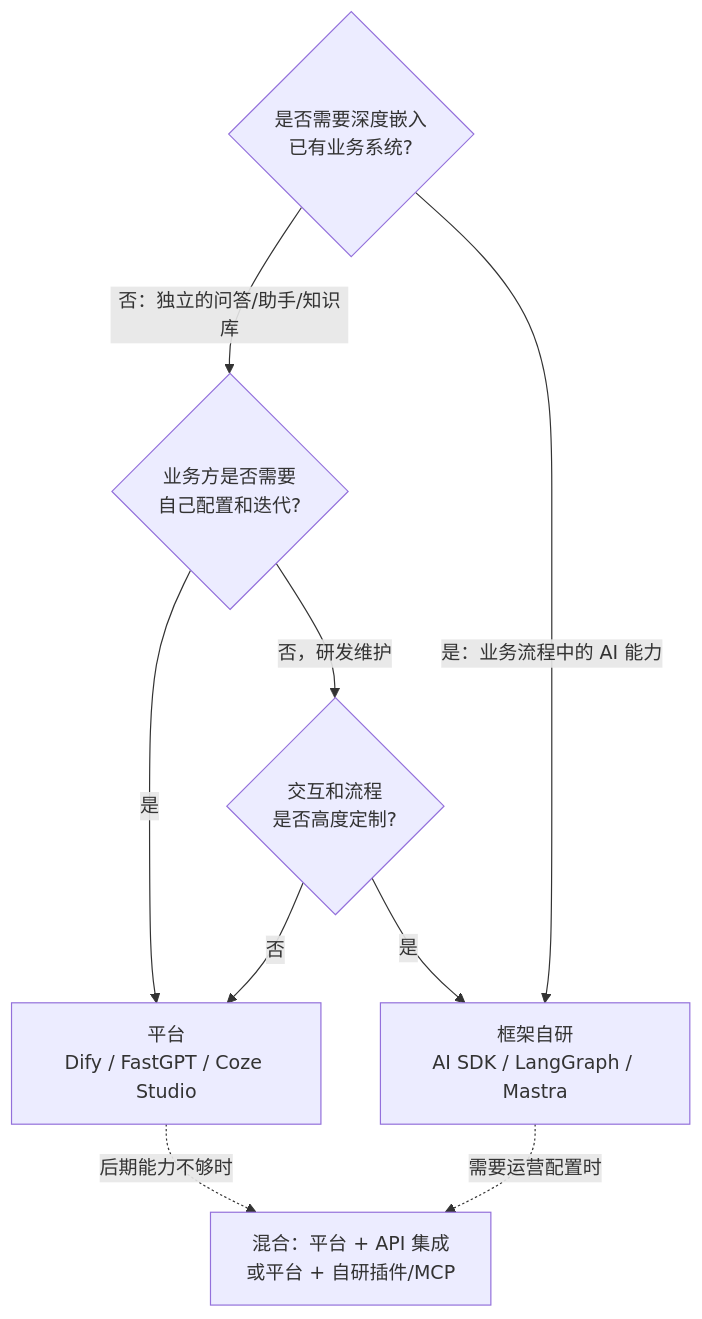
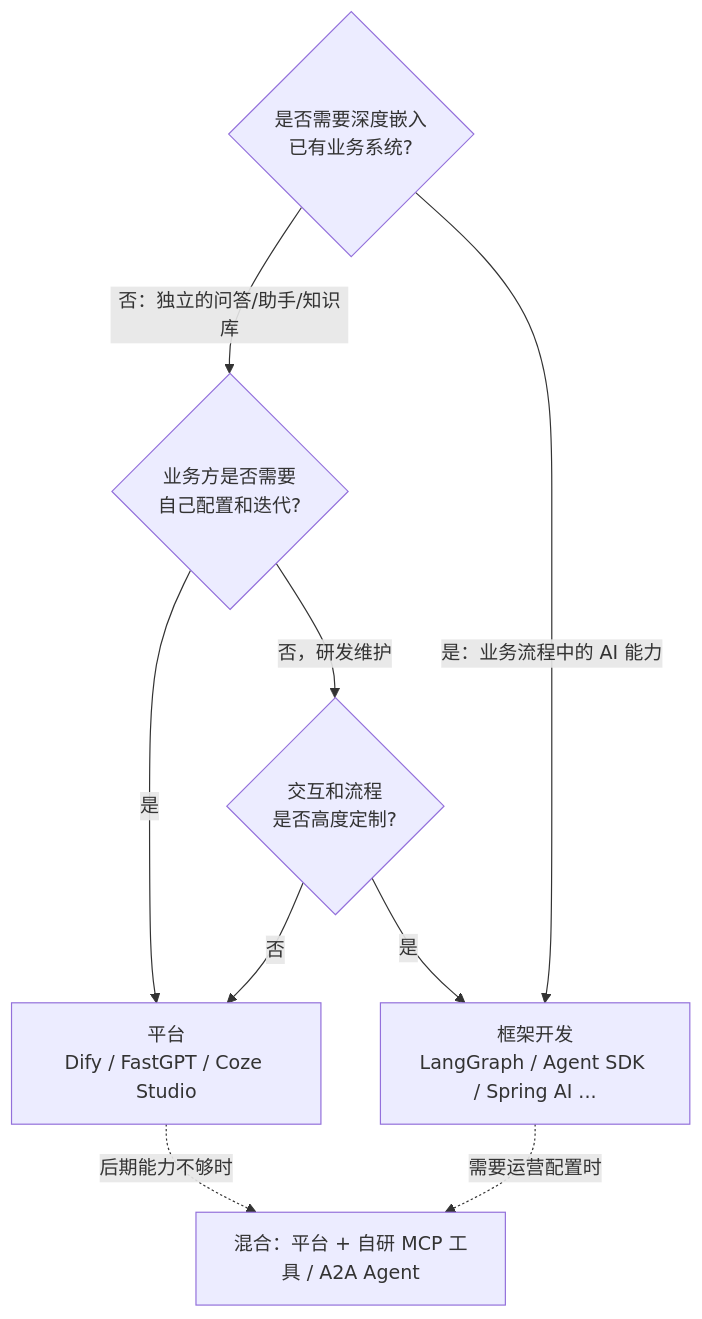
Before and after one commit to EliaukUsagi/eliauk-agent-dev-knowledge: the third of 4 diagrams in 企业级AI应用开发实战/01-全景地图与技术选型.md, drawn with Mermaid. The commit also changed other lines of this file and 15 other files, not shown here.

````diff
--- a/企业级AI应用开发实战/01-全景地图与技术选型.md
+++ b/企业级AI应用开发实战/01-全景地图与技术选型.md
@@ -82,12 +123,12 @@
 ```mermaid
 graph TD
     Q1{是否需要深度嵌入<br/>已有业务系统?}
     Q1 -->|否：独立的问答/助手/知识库| Q2{业务方是否需要<br/>自己配置和迭代?}
-    Q1 -->|是：业务流程中的 AI 能力| F[框架自研<br/>AI SDK / LangGraph / Mastra]
+    Q1 -->|是：业务流程中的 AI 能力| F[框架开发<br/>LangGraph / Agent SDK / Spring AI ...]
     Q2 -->|是| P[平台<br/>Dify / FastGPT / Coze Studio]
     Q2 -->|否，研发维护| Q3{交互和流程<br/>是否高度定制?}
     Q3 -->|否| P
     Q3 -->|是| F
-    P -.后期能力不够时.-> H[混合：平台 + API 集成<br/>或平台 + 自研插件/MCP]
+    P -.后期能力不够时.-> H[混合：平台 + 自研 MCP 工具 / A2A Agent]
     F -.需要运营配置时.-> H
 ```
````
